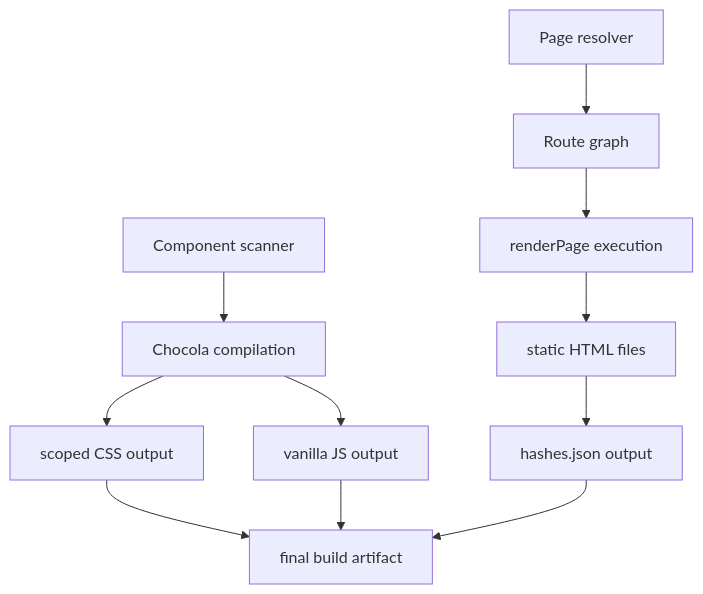
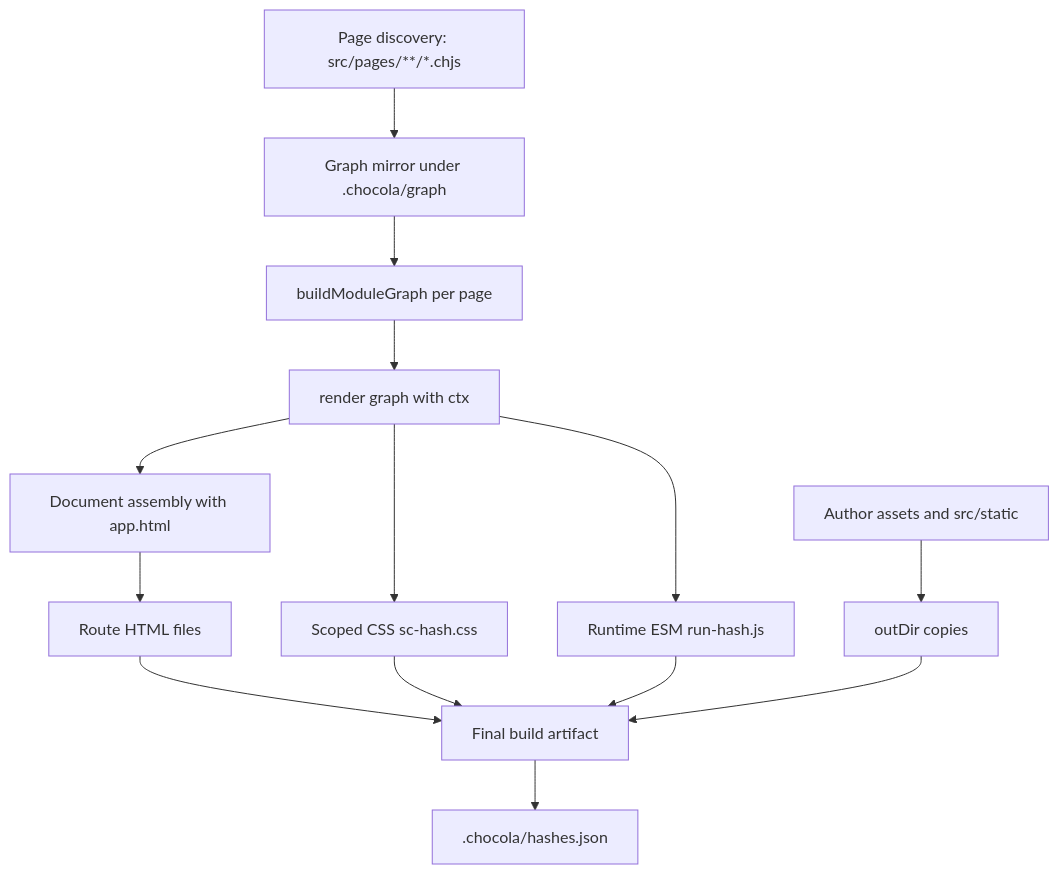
One commit to chocolajs/kit changed the first of 2 diagrams in documentation/03-architecture/02-data-flow.md. Above: the diagram before and after it, drawn with Mermaid. The commit also changed other lines of this file and 13 other files, not shown here.

````diff
--- a/documentation/03-architecture/02-data-flow.md
+++ b/documentation/03-architecture/02-data-flow.md
@@ -10,11 +10,16 @@
 ```mermaid
 graph TD
-  A[Component scanner] --> B[Chocola compilation]
-  B --> C[scoped CSS output]
-  B --> D[vanilla JS output]
-  E[Page resolver] --> F[Route graph]
-  F --> G[renderPage execution]
-  G --> H[static HTML files]
-  H --> I[hashes.json output]
-  C & D & I --> J[final build artifact]
+  A[Page discovery: src/pages/**/*.chjs] --> B[Graph mirror under .chocola/graph]
+  B --> C[buildModuleGraph per page]
+  C --> D[render graph with ctx]
+  D --> E[Document assembly with app.html]
+  D --> F[Scoped CSS sc-hash.css]
+  D --> G[Runtime ESM run-hash.js]
+  E --> H[Route HTML files]
+  I[Author assets and src/static] --> J[outDir copies]
+  H --> K[Final build artifact]
+  F --> K
+  G --> K
+  J --> K
+  K --> L[.chocola/hashes.json]
 ```
````
